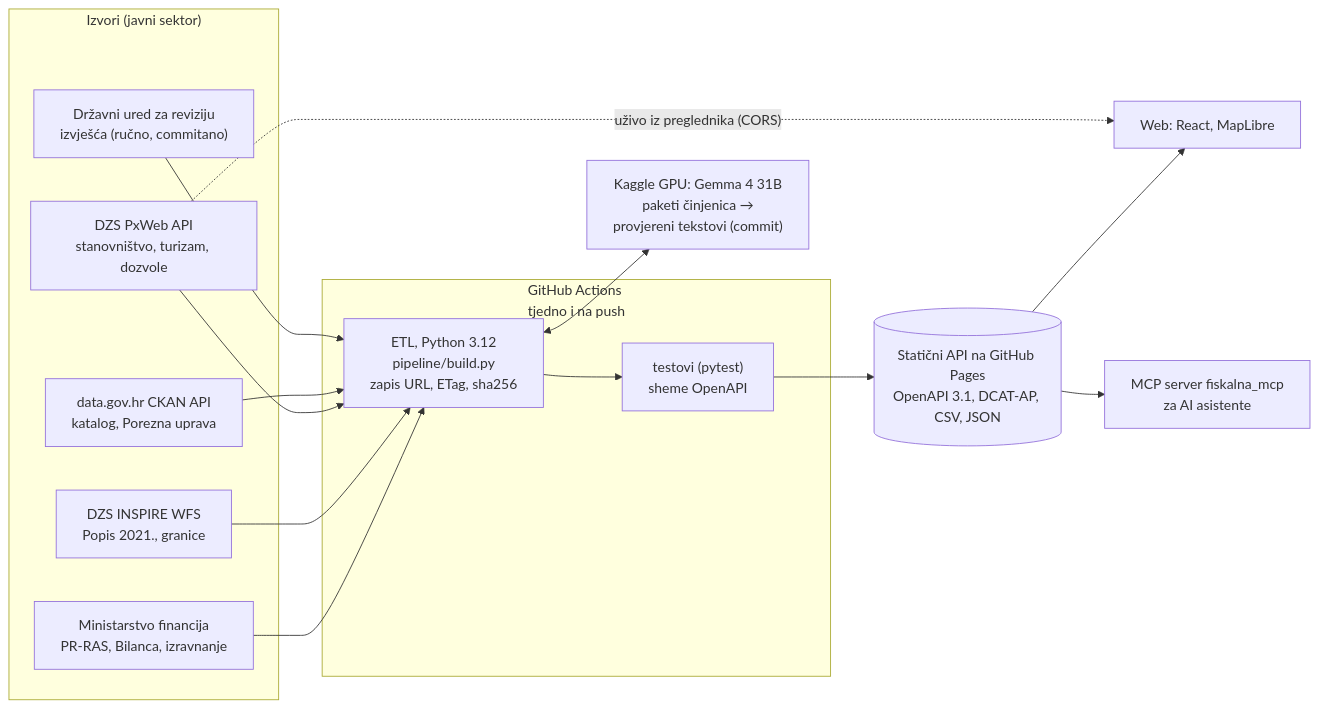
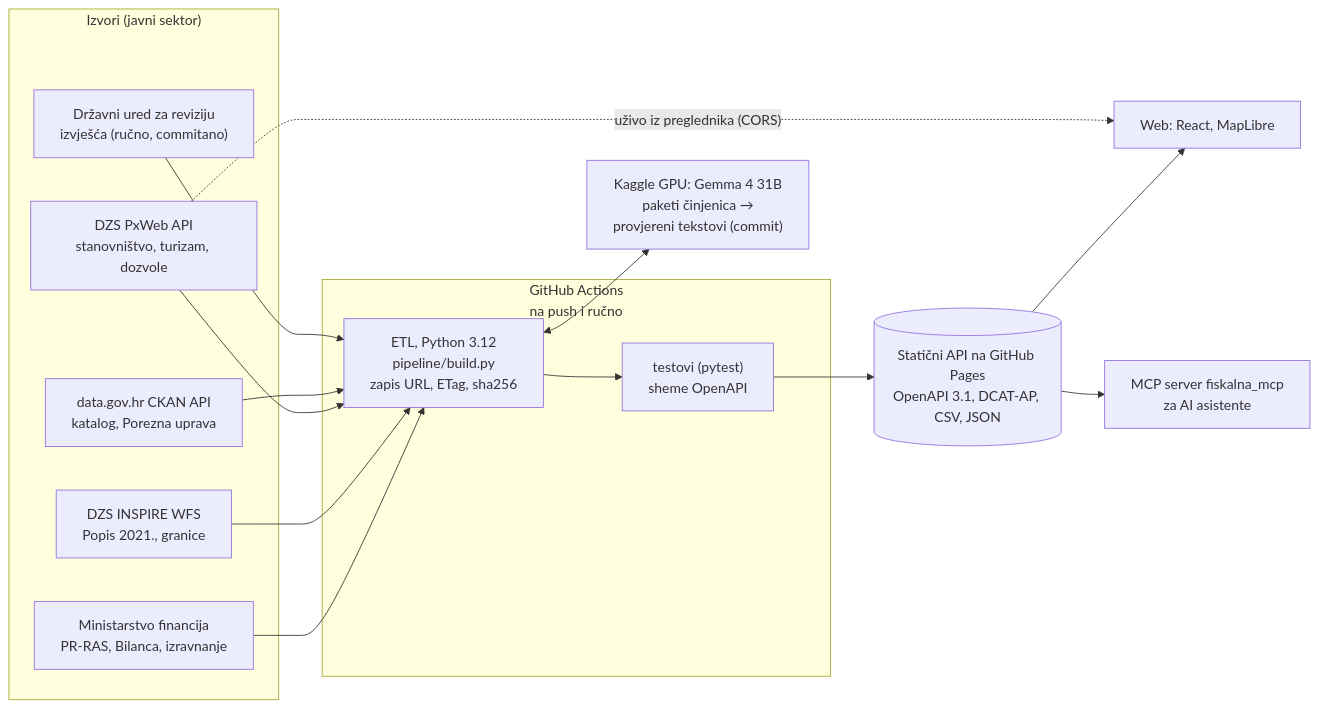
One commit to abi-azan/Datathon-Portala-otvorenih-podataka-2026 changed the diagram in README.md. Above: the diagram before and after it, drawn with Mermaid. The commit also changed other lines of this file and 9 other files, not shown here.

````diff
--- a/README.md
+++ b/README.md
@@ -74,28 +80,28 @@
 ```mermaid
 flowchart LR
   subgraph IZ["Izvori (javni sektor)"]
     MF["Ministarstvo financija<br/>PR-RAS, Bilanca, izravnanje"]
     WFS["DZS INSPIRE WFS<br/>Popis 2021., granice"]
     PX["DZS PxWeb API<br/>stanovništvo, turizam, dozvole"]
     CK["data.gov.hr CKAN API<br/>katalog, Porezna uprava"]
     DUR["Državni ured za reviziju<br/>izvješća (ručno, commitano)"]
   end
-  subgraph CI["GitHub Actions<br/>tjedno i na push"]
+  subgraph CI["GitHub Actions<br/>na push i ručno"]
     ETL["ETL, Python 3.12<br/>pipeline/build.py<br/>zapis URL, ETag, sha256"]
     TEST["testovi (pytest)<br/>sheme OpenAPI"]
   end
   API[("Statični API na GitHub Pages<br/>OpenAPI 3.1, DCAT-AP, CSV, JSON")]
   WEB["Web: React, MapLibre"]
   MCPS["MCP server fiskalna_mcp<br/>za AI asistente"]
   KG["Kaggle GPU: Gemma 4 31B<br/>paketi činjenica →<br/>provjereni tekstovi (commit)"]
   MF --> ETL
   WFS --> ETL
   PX --> ETL
   CK --> ETL
   DUR --> ETL
   ETL --> TEST --> API
   ETL <--> KG
   API --> WEB
   API --> MCPS
   PX -. "uživo iz preglednika (CORS)" .-> WEB
 ```
````
